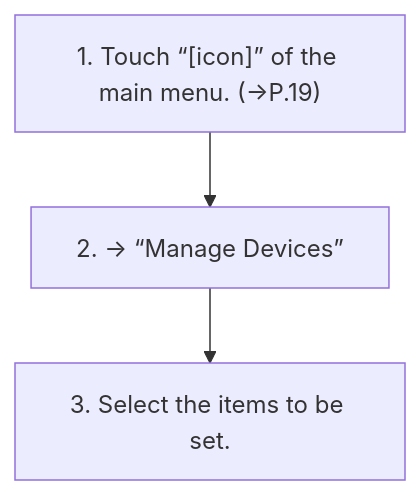
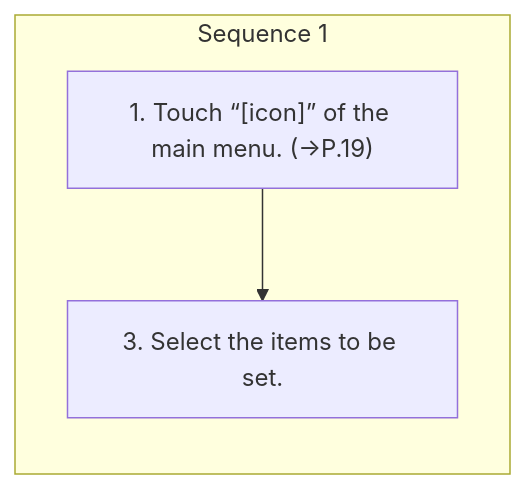
One commit to Chieko-Y/my-spec-generator changed the diagram in workspace/subaru/outback-2026/ivi/published/settings/5-manage-devices-settings-screen.md. Above: the diagram before and after it, drawn with Mermaid. The commit also changed other lines of this file and 268 other files, not shown here.

````diff
--- a/workspace/subaru/outback-2026/ivi/published/settings/5-manage-devices-settings-screen.md
+++ b/workspace/subaru/outback-2026/ivi/published/settings/5-manage-devices-settings-screen.md
@@ -9,8 +9,9 @@
 ```mermaid
 flowchart TD
-    S1["1. Touch “[icon]” of the main menu. (→P.19)"]
-    S2["2. → “Manage Devices”"]
-    S3["3. Select the items to be set."]
-    S1 --> S2
-    S2 --> S3
+    subgraph SEQ1["Sequence 1"]
+    direction TB
+    S1_1["1. Touch “[icon]” of the main menu. (→P.19)"]
+    S1_3["3. Select the items to be set."]
+    S1_1 --> S1_3
+    end
 ```
````
